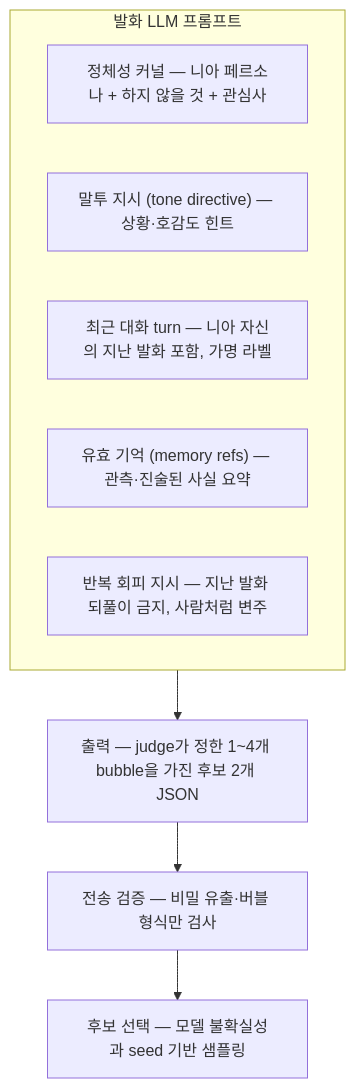
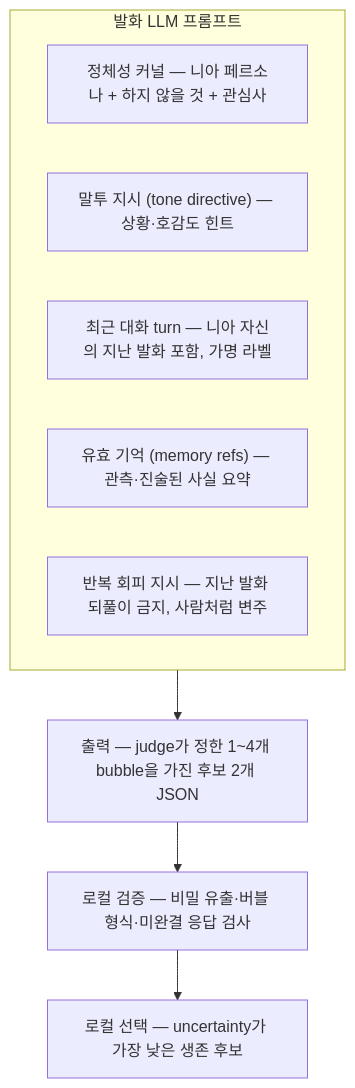
Before and after one commit to Hyeonjun0527/discord-ai-network-bot: the third of 5 diagrams in docs/nexa/NIA_PIPELINE.md, drawn with Mermaid. The commit also changed other lines of this file and 59 other files, not shown here.

````diff
--- a/docs/nexa/NIA_PIPELINE.md
+++ b/docs/nexa/NIA_PIPELINE.md
@@ -62,13 +63,13 @@
 ```mermaid
 flowchart TD
     subgraph SIN["발화 LLM 프롬프트"]
         P["정체성 커널 — 니아 페르소나 + 하지 않을 것 + 관심사"]
         T["말투 지시 (tone directive) — 상황·호감도 힌트"]
         Q["최근 대화 turn — 니아 자신의 지난 발화 포함, 가명 라벨"]
         R2["유효 기억 (memory refs) — 관측·진술된 사실 요약"]
         RULE["반복 회피 지시 — 지난 발화 되풀이 금지, 사람처럼 변주"]
     end
     SIN --> GEN["출력 — judge가 정한 1~4개 bubble을 가진 후보 2개 JSON"]
-    GEN --> CHECK["전송 검증 — 비밀 유출·버블 형식만 검사"]
-    CHECK --> PICK["후보 선택 — 모델 불확실성과 seed 기반 샘플링"]
+    GEN --> CHECK["로컬 검증 — 비밀 유출·버블 형식·미완결 응답 검사"]
+    CHECK --> PICK["로컬 선택 — uncertainty가 가장 낮은 생존 후보"]
 ```
````
